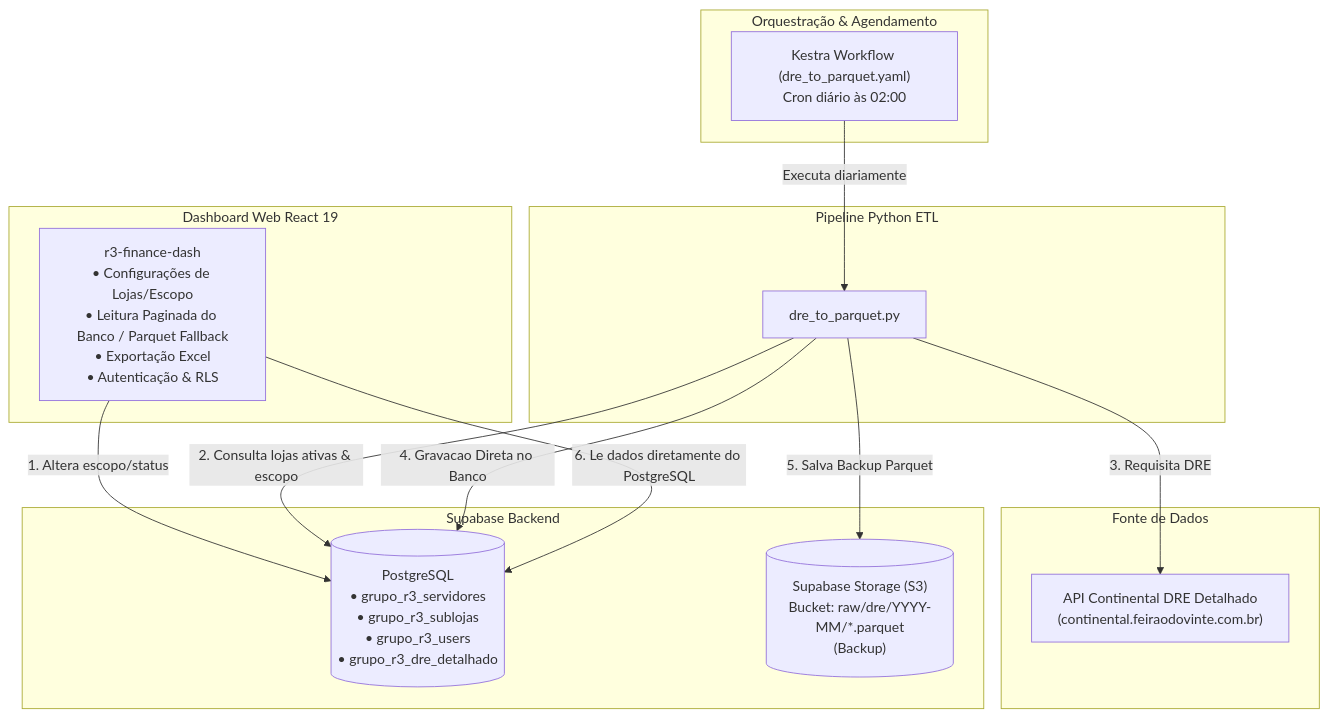
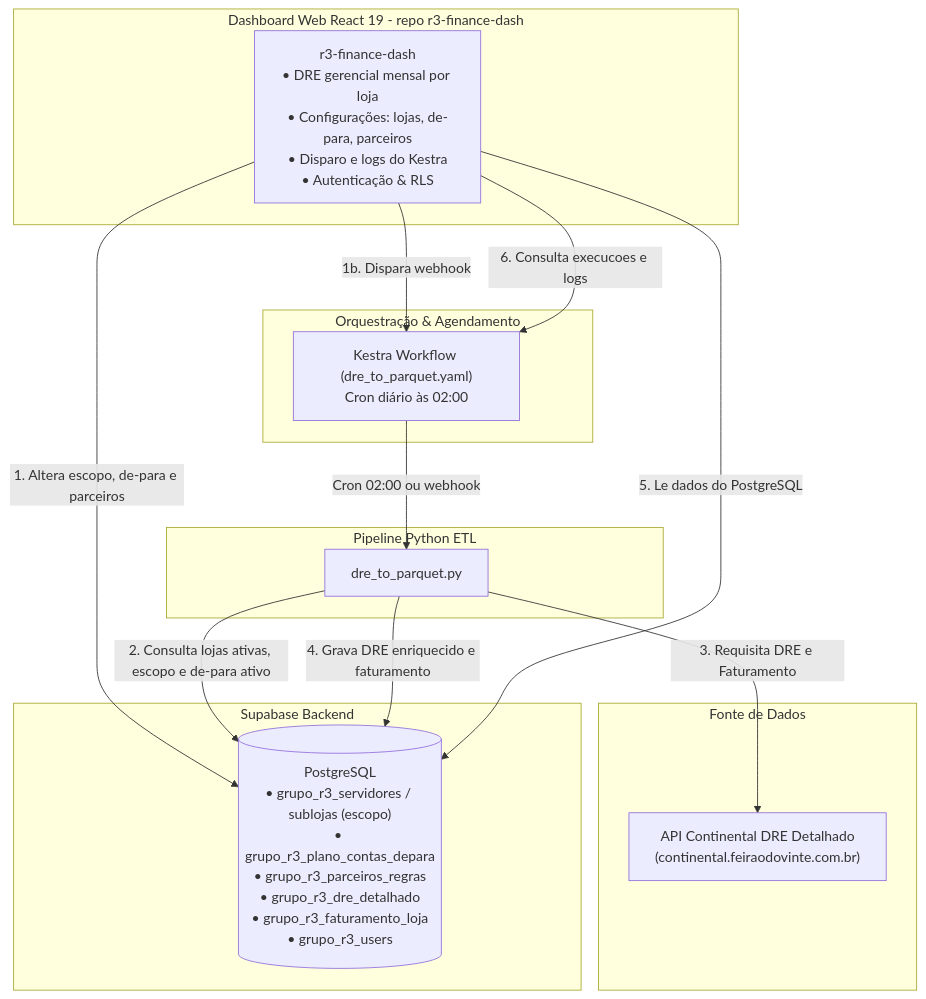
Before and after one commit to scoretecnologia/grupo-r3-api: the diagram in DOCUMENTACAO_PROJETO.md, drawn with Mermaid. The commit also changed other lines of this file and 3 other files, not shown here.

First line of the commit message:
fix(etl): corrigir NameError (import re), apagar periodo so apos transformar e isolar falhas por loja

````diff
--- a/DOCUMENTACAO_PROJETO.md
+++ b/DOCUMENTACAO_PROJETO.md
@@ -11,32 +19,32 @@
 ```mermaid
 flowchart TD
     subgraph API_Externa [Fonte de Dados]
         DRE["API Continental DRE Detalhado\n(continental.feiraodovinte.com.br)"]
     end
 
     subgraph Orquestracao [Orquestração & Agendamento]
         Kestra["Kestra Workflow (dre_to_parquet.yaml)\nCron diário às 02:00"]
     end
 
     subgraph ETL [Pipeline Python ETL]
         Script["dre_to_parquet.py"]
     end
 
     subgraph Supabase [Supabase Backend]
-        DB[("PostgreSQL\n• grupo_r3_servidores\n• grupo_r3_sublojas\n• grupo_r3_users\n• grupo_r3_dre_detalhado")]
-        Storage[("Supabase Storage (S3)\nBucket: raw/dre/YYYY-MM/*.parquet\n(Backup)")]
+        DB[("PostgreSQL\n• grupo_r3_servidores / sublojas (escopo)\n• grupo_r3_plano_contas_depara\n• grupo_r3_parceiros_regras\n• grupo_r3_dre_detalhado\n• grupo_r3_faturamento_loja\n• grupo_r3_users")]
     end
 
-    subgraph Frontend [Dashboard Web React 19]
-        Dash["r3-finance-dash\n• Configurações de Lojas/Escopo\n• Leitura Paginada do Banco / Parquet Fallback\n• Exportação Excel\n• Autenticação & RLS"]
+    subgraph Frontend [Dashboard Web React 19 - repo r3-finance-dash]
+        Dash["r3-finance-dash\n• DRE gerencial mensal por loja\n• Configurações: lojas, de-para, parceiros\n• Disparo e logs do Kestra\n• Autenticação & RLS"]
     end
 
     %% Fluxos
-    Kestra -->|Executa diariamente| Script
-    Dash -->|1. Altera escopo/status| DB
-    Script -->|2. Consulta lojas ativas & escopo| DB
-    Script -->|3. Requisita DRE| DRE
-    Script -->|4. Gravacao Direta no Banco| DB
-    Script -->|5. Salva Backup Parquet| Storage
-    Dash -->|6. Le dados diretamente do PostgreSQL| DB
+    Kestra -->|Cron 02:00 ou webhook| Script
+    Dash -->|1. Altera escopo, de-para e parceiros| DB
+    Dash -->|1b. Dispara webhook| Kestra
+    Script -->|2. Consulta lojas ativas, escopo e de-para ativo| DB
+    Script -->|3. Requisita DRE e Faturamento| DRE
+    Script -->|4. Grava DRE enriquecido e faturamento| DB
+    Dash -->|5. Le dados do PostgreSQL| DB
+    Dash -->|6. Consulta execucoes e logs| Kestra
 ```
````
